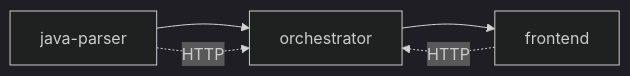
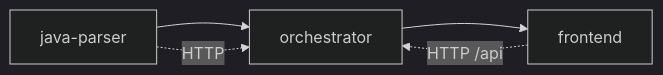
The sixth of 6 diagrams in .qoder/repowiki/zh/content/部署运维/容器化部署.md (Joeyzheng001/LLM-AutoTest), drawn with Mermaid (dark theme) before and after one commit. The commit also changed other lines of this file and 94 other files, not shown here.

````diff
--- a/.qoder/repowiki/zh/content/部署运维/容器化部署.md
+++ b/.qoder/repowiki/zh/content/部署运维/容器化部署.md
@@ -195,7 +227,7 @@
 ```mermaid
 graph LR
 JP["java-parser"] --> OR["orchestrator"]
 OR --> FE["frontend"]
 JP -.->|"HTTP"| OR
-FE -.->|"HTTP"| OR
+FE -.->|"HTTP /api"| OR
 ```
````
